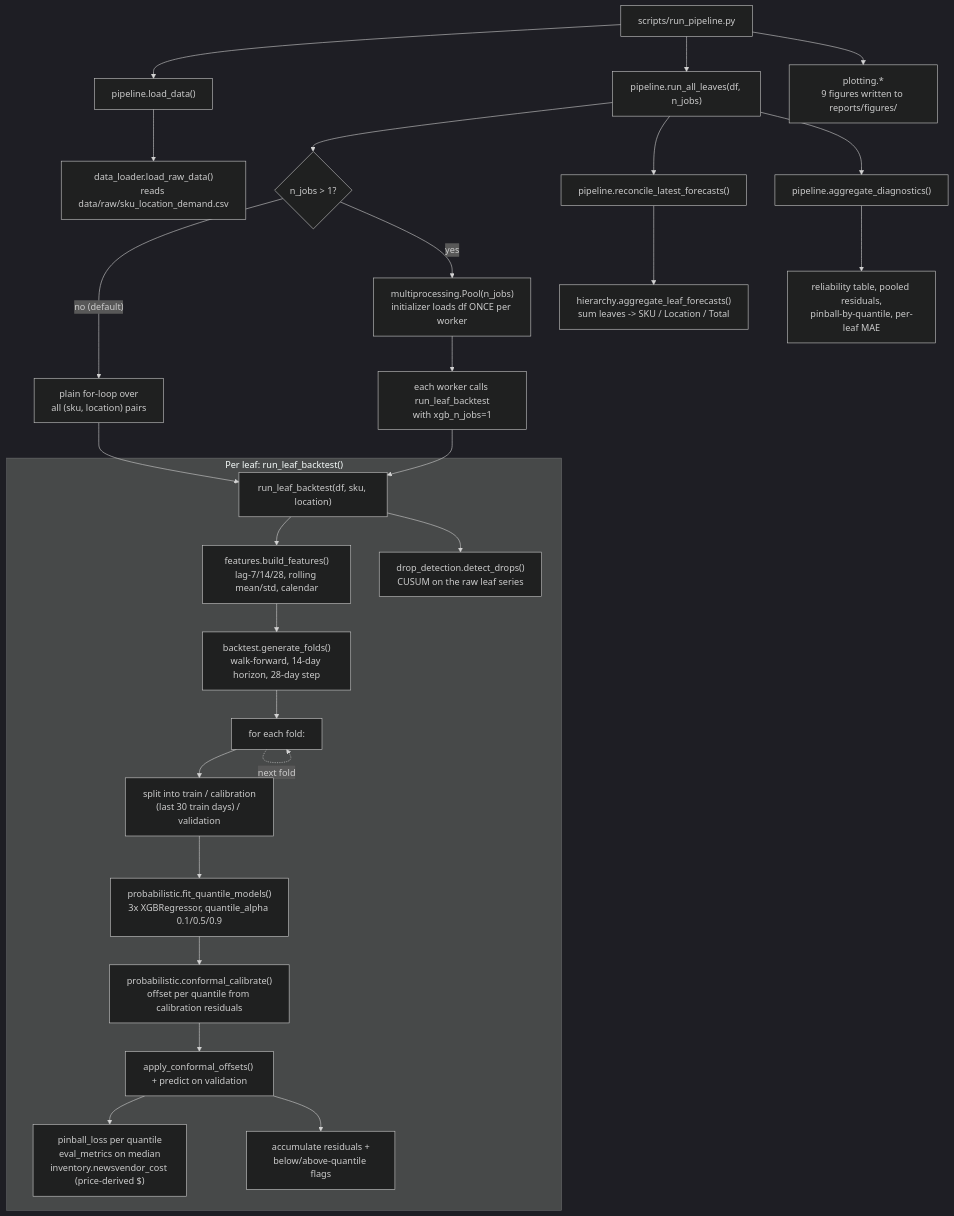
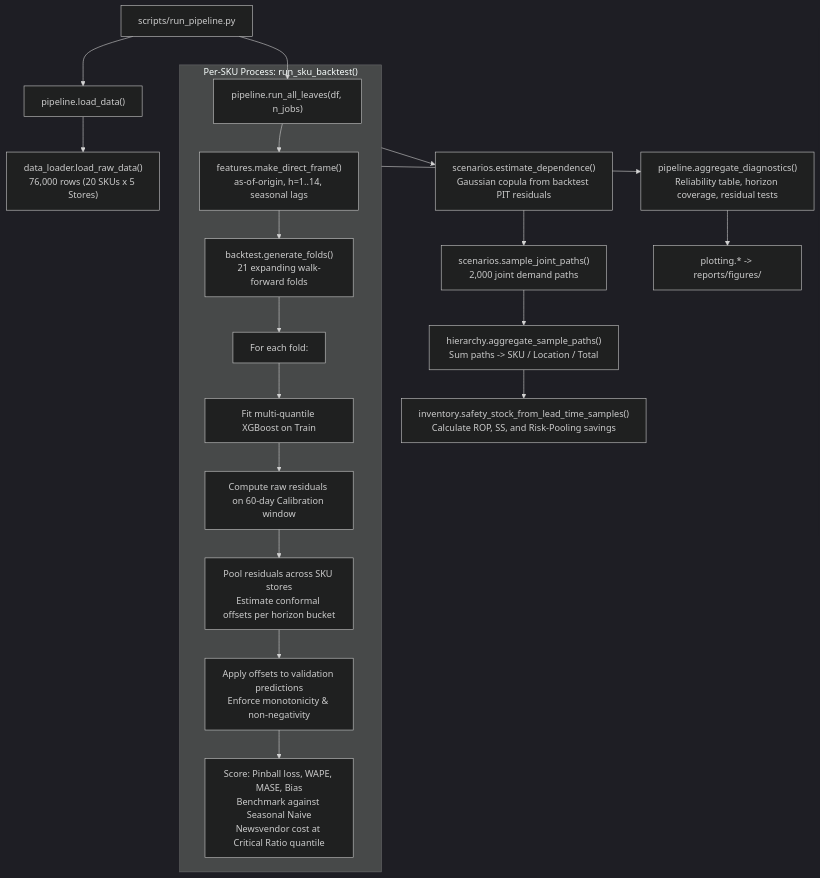
Before and after one commit to ngthanhminh2069/stochastic-demand-forecasting: the diagram in README.md, drawn with Mermaid (dark theme). The commit also changed other lines of this file and 27 other files, not shown here.

````diff
--- a/README.md
+++ b/README.md
@@ -78,35 +107,24 @@
 ```mermaid
 flowchart TD
     A["scripts/run_pipeline.py"] --> B["pipeline.load_data()"]
-    B --> C["data_loader.load_raw_data()<br/>reads data/raw/sku_location_demand.csv"]
+    B --> C["data_loader.load_raw_data()<br/>76,000 rows (20 SKUs x 5 Stores)"]
+    A --> D["pipeline.run_all_leaves(df, n_jobs)"]
 
-    A --> D["pipeline.run_all_leaves(df, n_jobs)"]
-    D --> E{"n_jobs > 1?"}
-    E -- "no (default)" --> F["plain for-loop over<br/>all (sku, location) pairs"]
-    E -- "yes" --> G["multiprocessing.Pool(n_jobs)<br/>initializer loads df ONCE per worker"]
-    G --> H["each worker calls run_leaf_backtest<br/>with xgb_n_jobs=1"]
-    F --> I["run_leaf_backtest(df, sku, location)"]
-    H --> I
-
-    subgraph PERLEAF ["Per leaf: run_leaf_backtest()"]
-        I --> J["features.build_features()<br/>lag-7/14/28, rolling mean/std, calendar"]
-        J --> K["backtest.generate_folds()<br/>walk-forward, 14-day horizon, 28-day step"]
-        K --> L["for each fold:"]
-        L --> M["split into train / calibration<br/>(last 30 train days) / validation"]
-        M --> N["probabilistic.fit_quantile_models()<br/>3x XGBRegressor, quantile_alpha 0.1/0.5/0.9"]
-        N --> O["probabilistic.conformal_calibrate()<br/>offset per quantile from calibration residuals"]
-        O --> P["apply_conformal_offsets() + predict on validation"]
-        P --> Q["pinball_loss per quantile<br/>eval_metrics on median<br/>inventory.newsvendor_cost (price-derived $)"]
-        P --> R["accumulate residuals +<br/>below/above-quantile flags"]
-        L -.->|next fold| L
-        I --> S["drop_detection.detect_drops()<br/>CUSUM on the raw leaf series"]
+    subgraph BACKTEST ["Per-SKU Process: run_sku_backtest()"]
+        D --> F["features.make_direct_frame()<br/>as-of-origin, h=1..14, seasonal lags"]
+        F --> G["backtest.generate_folds()<br/>21 expanding walk-forward folds"]
+        G --> H["For each fold:"]
+        H --> I["Fit multi-quantile XGBoost on Train"]
+        I --> J["Compute raw residuals on 60-day Calibration window"]
+        J --> K["Pool residuals across SKU stores<br/>Estimate conformal offsets per horizon bucket"]
+        K --> L["Apply offsets to validation predictions<br/>Enforce monotonicity & non-negativity"]
+        L --> M["Score: Pinball loss, WAPE, MASE, Bias<br/>Benchmark against Seasonal Naive<br/>Newsvendor cost at Critical Ratio quantile"]
     end
 
-    D --> T["pipeline.reconcile_latest_forecasts()"]
-    T --> U["hierarchy.aggregate_leaf_forecasts()<br/>sum leaves -> SKU / Location / Total"]
-
-    D --> V["pipeline.aggregate_diagnostics()"]
-    V --> W["reliability table, pooled residuals,<br/>pinball-by-quantile, per-leaf MAE"]
-
-    A --> X["plotting.*<br/>9 figures written to reports/figures/"]
+    BACKTEST --> N["scenarios.estimate_dependence()<br/>Gaussian copula from backtest PIT residuals"]
+    N --> O["scenarios.sample_joint_paths()<br/>2,000 joint demand paths"]
+    O --> P["hierarchy.aggregate_sample_paths()<br/>Sum paths -> SKU / Location / Total"]
+    P --> Q["inventory.safety_stock_from_lead_time_samples()<br/>Calculate ROP, SS, and Risk-Pooling savings"]
+    BACKTEST --> R["pipeline.aggregate_diagnostics()<br/>Reliability table, horizon coverage, residual tests"]
+    R --> S["plotting.* -> reports/figures/"]
 ```
````
